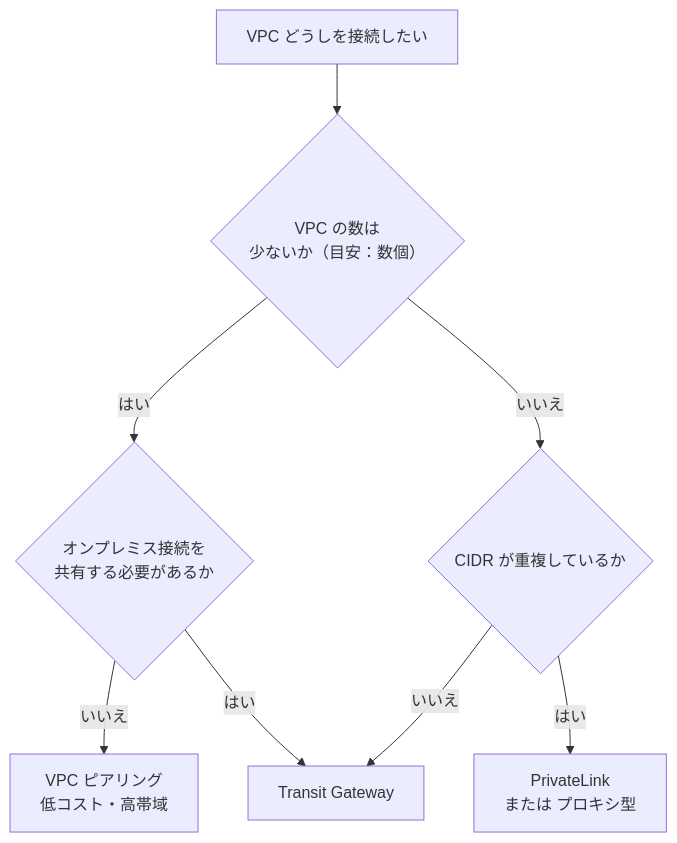
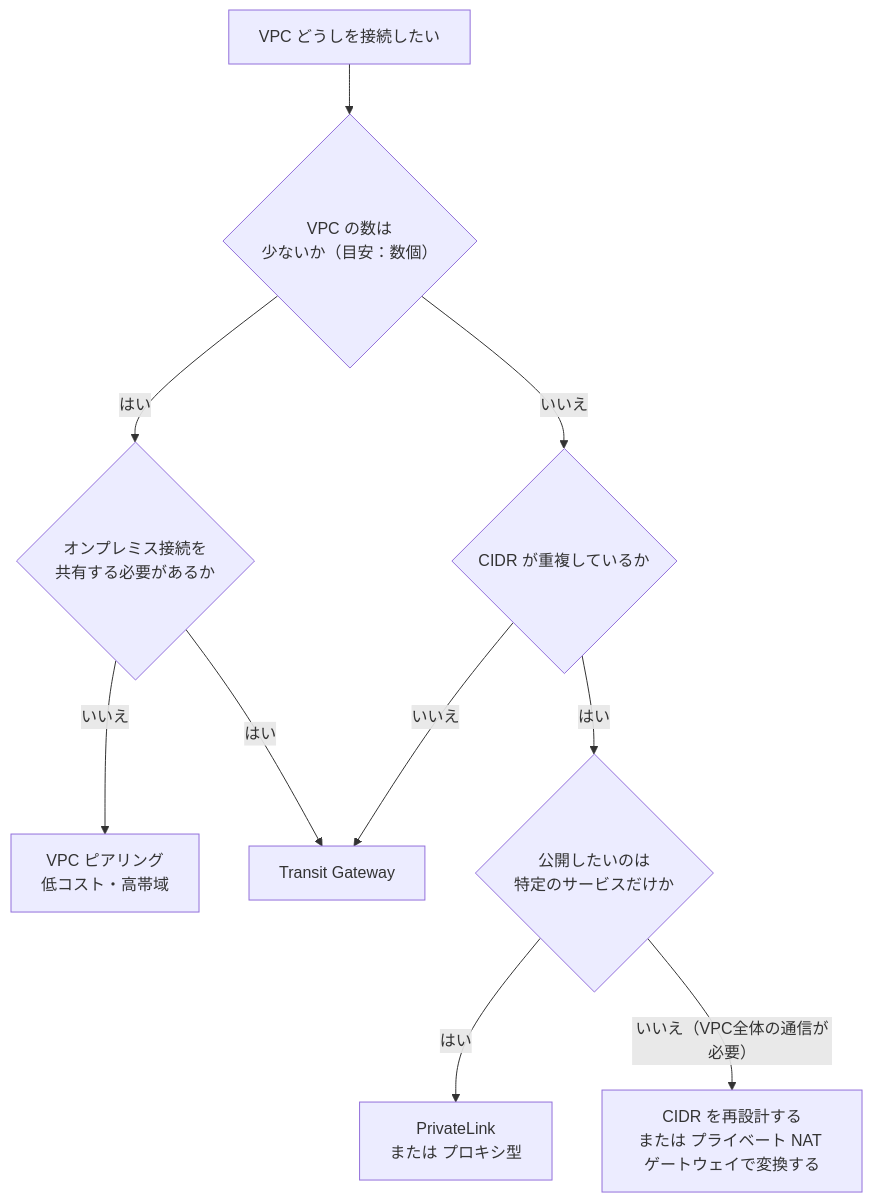
Before and after one commit to myoshi2891/Cloud-Infrastructure-and-Network-Studies: diagram 19 of 26 in Ans-c01-domain3-network-management-operation-guide.md, drawn with Mermaid. The commit also changed other lines of this file and 1 other file, not shown here.

Commit message:
docs(ans-c01-domain3): update MTU/MSS and duplicate CIDR flowcharts in guide

````diff
--- a/Ans-c01-domain3-network-management-operation-guide.md
+++ b/Ans-c01-domain3-network-management-operation-guide.md
@@ -1053,10 +1056,12 @@
 ```mermaid
 flowchart TD
     A["VPC どうしを接続したい"] --> B{"VPC の数は<br/>少ないか（目安：数個）"}
     B -- "はい" --> C{"オンプレミス接続を<br/>共有する必要があるか"}
     C -- "いいえ" --> PEER["VPC ピアリング<br/>低コスト・高帯域"]
     C -- "はい" --> TGW["Transit Gateway"]
     B -- "いいえ" --> D{"CIDR が重複しているか"}
-    D -- "はい" --> PL["PrivateLink<br/>または プロキシ型"]
+    D -- "はい" --> E{"公開したいのは<br/>特定のサービスだけか"}
+    E -- "はい" --> PL["PrivateLink<br/>または プロキシ型"]
+    E -- "いいえ（VPC全体の通信が必要）" --> RE["CIDR を再設計する<br/>または プライベート NAT ゲートウェイで変換する"]
     D -- "いいえ" --> TGW
 ```
````
